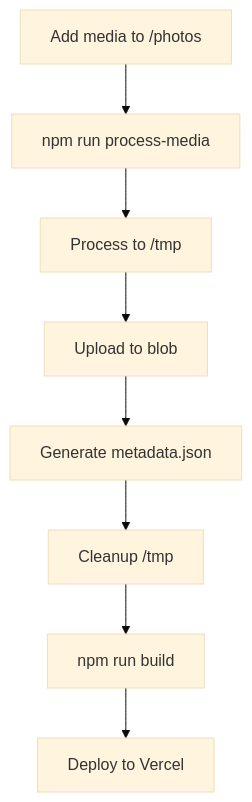
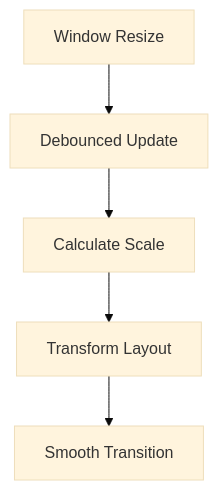
One commit to teich/photos changed the diagram in memory-bank/activeContext.md. Above: the diagram before and after it, drawn with Mermaid (base theme). The commit also changed other lines of this file and 4 other files, not shown here.

````diff
--- a/memory-bank/activeContext.md
+++ b/memory-bank/activeContext.md
@@ -60,10 +63,7 @@
    ```mermaid
    graph TD
-       A[Add media to /photos] --> B[npm run process-media]
-       B --> C[Process to /tmp]
-       C --> D[Upload to blob]
-       D --> E[Generate metadata.json]
-       E --> F[Cleanup /tmp]
-       F --> G[npm run build]
-       G --> H[Deploy to Vercel]
+       A[Window Resize] --> B[Debounced Update]
+       B --> C[Calculate Scale]
+       C --> D[Transform Layout]
+       D --> E[Smooth Transition]
    ```
````
